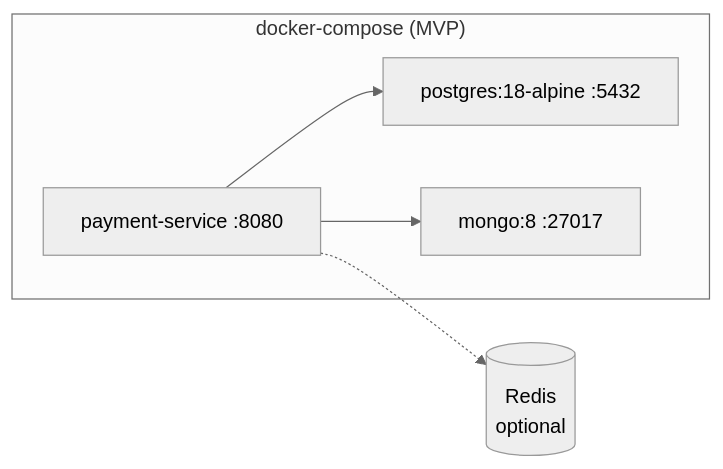
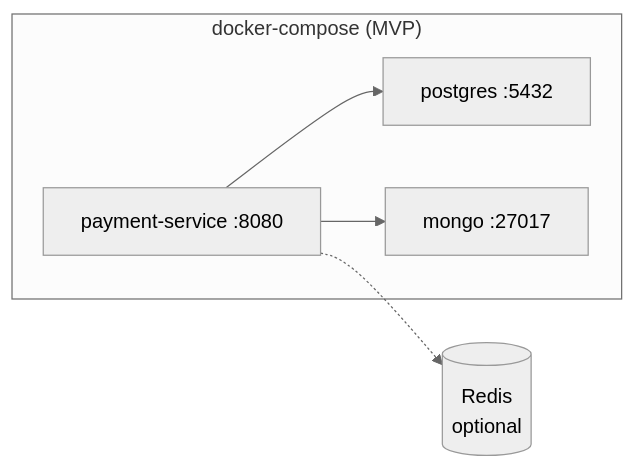
The fourth of 4 diagrams in docs/high-level-design.md (aaami1ster/payment-processing-system), drawn with Mermaid (neutral theme) before and after one commit. The commit also changed other lines of this file and 64 other files, not shown here.

````diff
--- a/docs/high-level-design.md
+++ b/docs/high-level-design.md
@@ -590,12 +590,12 @@
 ```mermaid
 flowchart LR
     subgraph Compose["docker-compose (MVP)"]
         App["payment-service :8080"]
-        PG["postgres:18-alpine :5432"]
-        MG["mongo:8 :27017"]
+        PG["postgres :5432"]
+        MG["mongo :27017"]
     end
     RedisOpt[("Redis<br/>optional")]
     App --> PG
     App --> MG
     App -.-> RedisOpt
 ```
````
